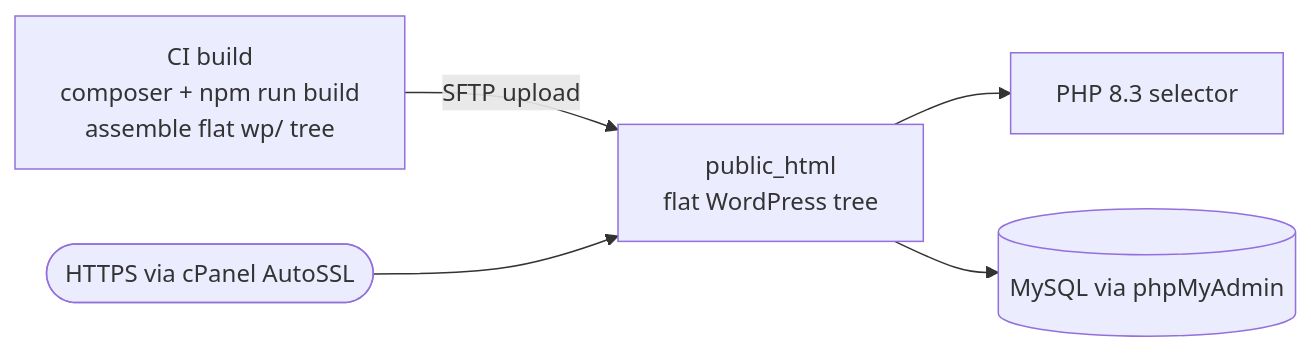
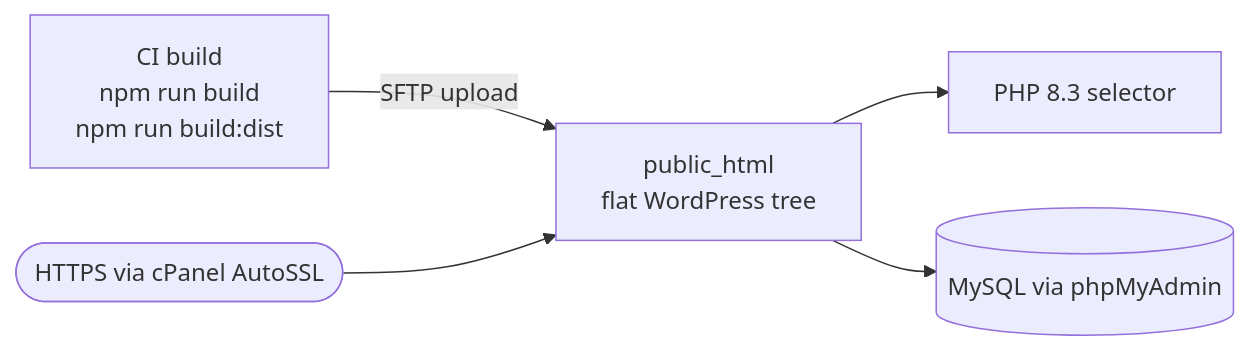
One commit to MustafaShaaban/corex changed the diagram in docs/en/05-deployment/cpanel-shared-hosting.md. Above: the diagram before and after it, drawn with Mermaid. The commit also changed other lines of this file and 17 other files, not shown here.

````diff
--- a/docs/en/05-deployment/cpanel-shared-hosting.md
+++ b/docs/en/05-deployment/cpanel-shared-hosting.md
@@ -32,7 +32,7 @@
 ```mermaid
 flowchart LR
-  ci[CI build<br/>composer + npm run build<br/>assemble flat wp/ tree] -->|SFTP upload| ph[public_html<br/>flat WordPress tree]
+  ci[CI build<br/>npm run build<br/>npm run build:dist] -->|SFTP upload| ph[public_html<br/>flat WordPress tree]
   ph --> php[PHP 8.3 selector]
   ph --> mysql[(MySQL via phpMyAdmin)]
   user([HTTPS via cPanel AutoSSL]) --> ph
 ```
````
